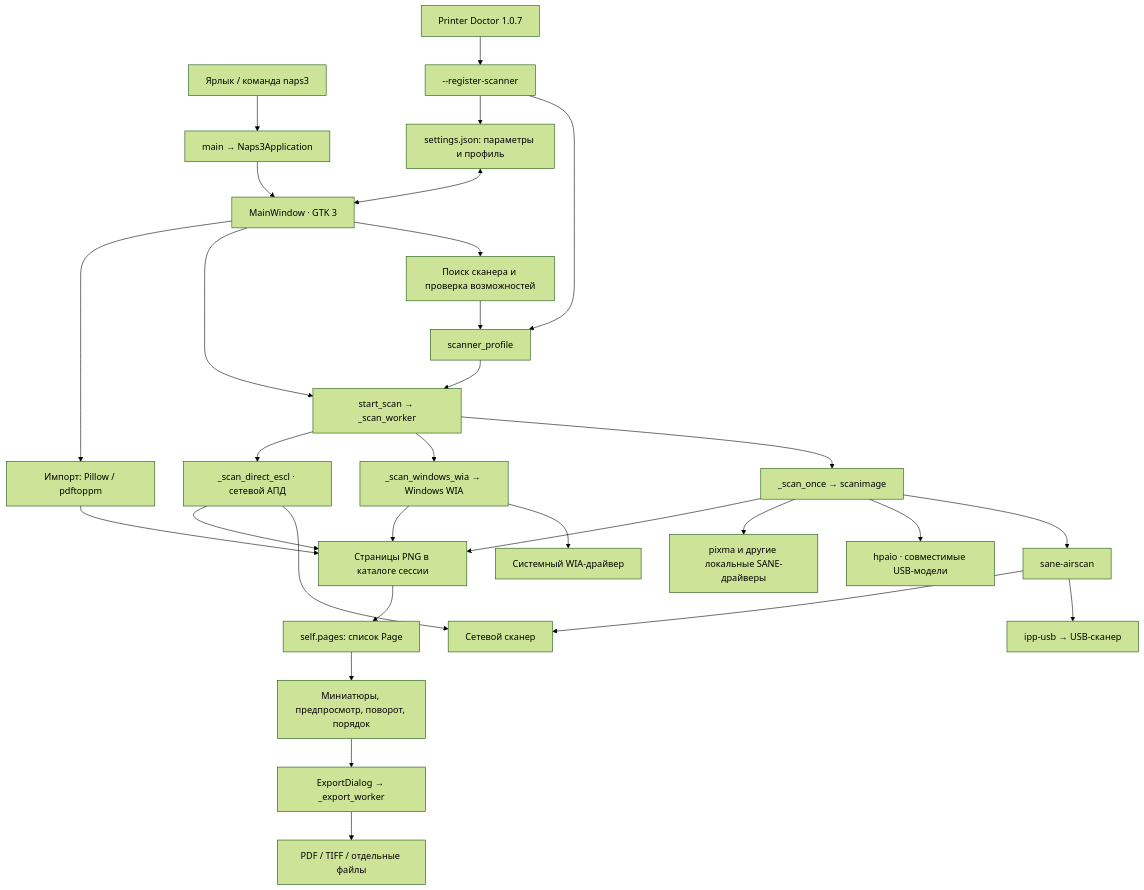
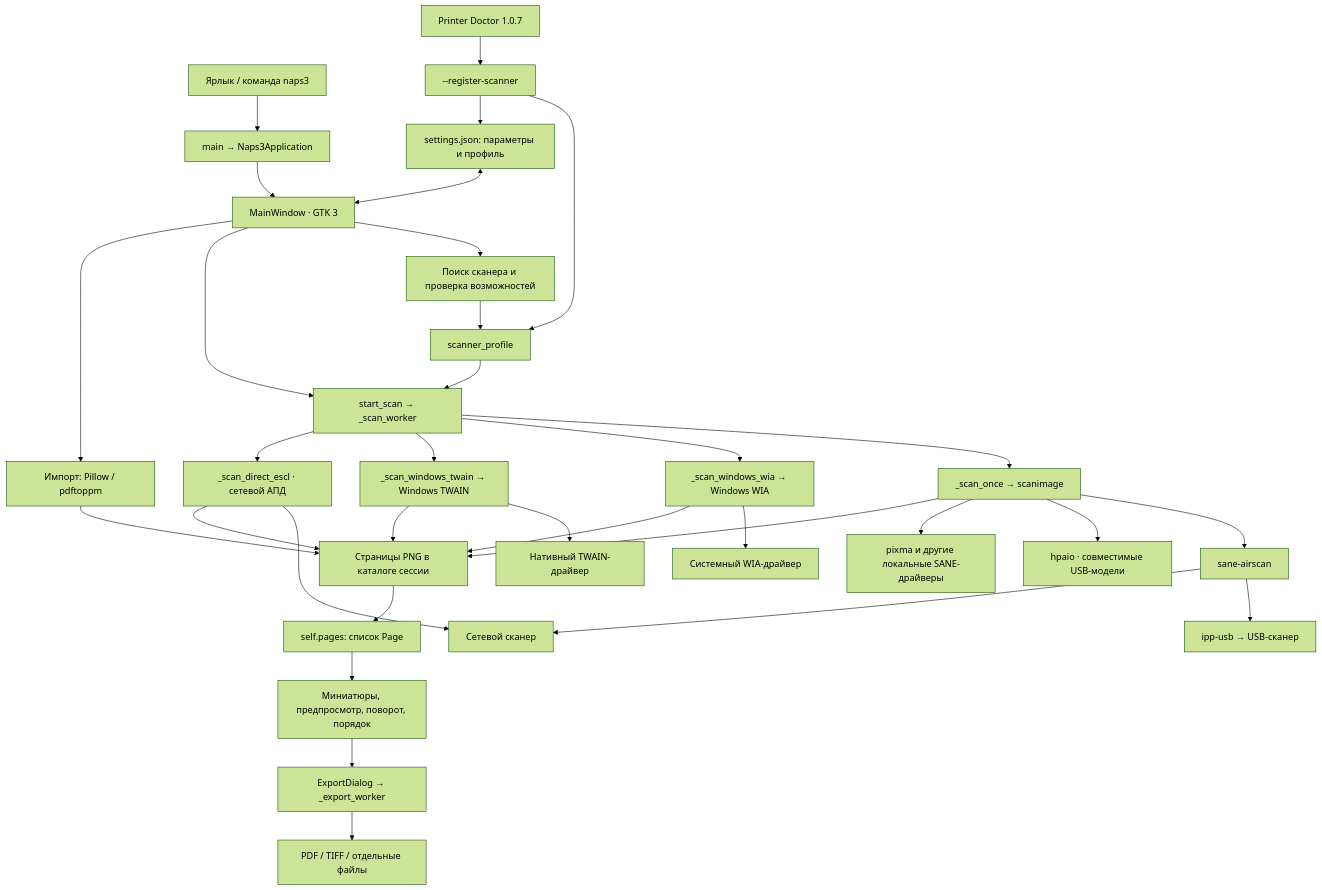
One commit to Kostya5232/naps3-redos changed the first of 3 diagrams in PROGRAM_MAP.md. Above: the diagram before and after it, drawn with Mermaid (forest theme). The commit also changed other lines of this file and 17 other files, not shown here.

Commit message:
Release 0.9.5 with Windows TWAIN fallback

````diff
--- a/PROGRAM_MAP.md
+++ b/PROGRAM_MAP.md
@@ -13,32 +13,35 @@
 ```mermaid
 flowchart TD
     Launch["Ярлык / команда naps3"] --> Main["main → Naps3Application"]
     Doctor["Printer Doctor 1.0.7"] --> Register["--register-scanner"]
     Register --> Profile
     Register --> Settings
     Main --> UI["MainWindow · GTK 3"]
     Settings["settings.json: параметры и профиль"] <--> UI
     UI --> Discovery["Поиск сканера и проверка возможностей"]
     Discovery --> Profile["scanner_profile"]
     UI --> Scan["start_scan → _scan_worker"]
     Profile --> Scan
     Scan --> SANE["_scan_once → scanimage"]
     Scan --> WIA["_scan_windows_wia → Windows WIA"]
+    Scan --> Twain["_scan_windows_twain → Windows TWAIN"]
     Scan --> ESCL["_scan_direct_escl · сетевой АПД"]
     SANE --> Airscan["sane-airscan"]
     SANE --> Hpaio["hpaio · совместимые USB-модели"]
     SANE --> Vendor["pixma и другие локальные SANE-драйверы"]
     Airscan --> Proxy["ipp-usb → USB-сканер"]
     Airscan --> Network["Сетевой сканер"]
     ESCL --> Network
     WIA --> WinDriver["Системный WIA-драйвер"]
+    Twain --> TwainDriver["Нативный TWAIN-драйвер"]
     SANE --> PNG["Страницы PNG в каталоге сессии"]
     WIA --> PNG
+    Twain --> PNG
     ESCL --> PNG
     UI --> Import["Импорт: Pillow / pdftoppm"]
     Import --> PNG
     PNG --> Pages["self.pages: список Page"]
     Pages --> Edit["Миниатюры, предпросмотр, поворот, порядок"]
     Edit --> Export["ExportDialog → _export_worker"]
     Export --> Files["PDF / TIFF / отдельные файлы"]
 ```
````
